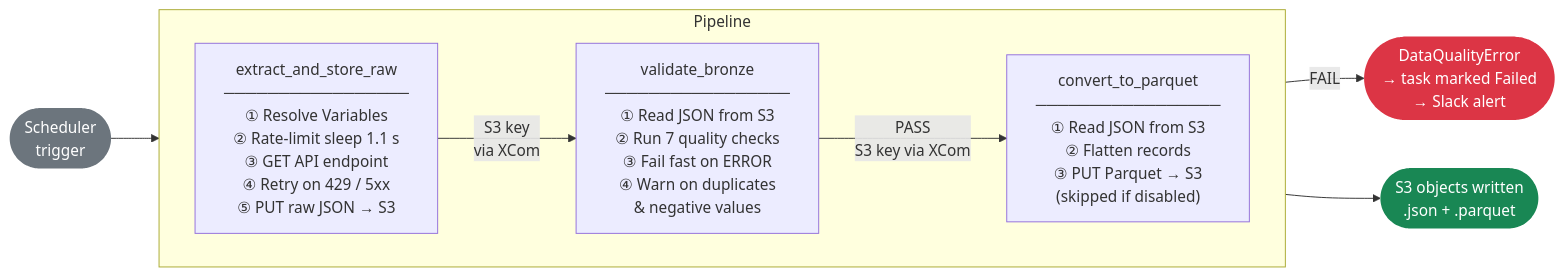
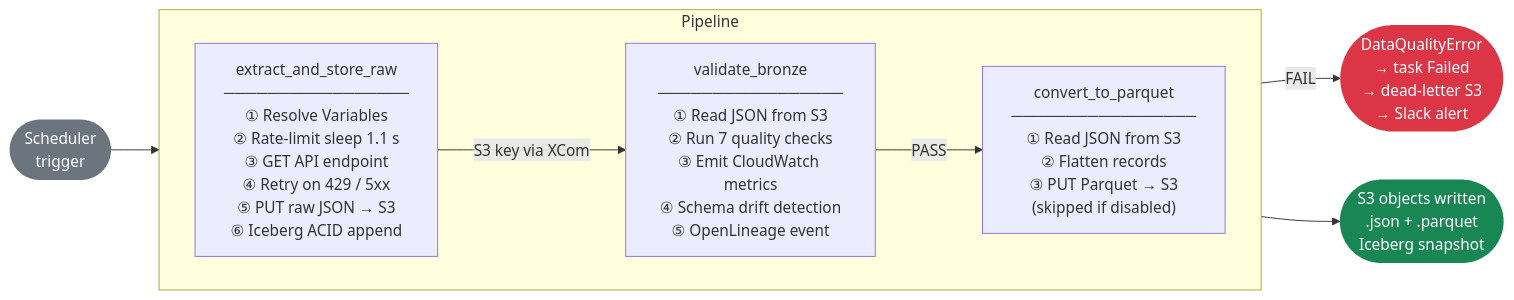
Before and after one commit to lehcimhdz/global-trade-aws: the second of 3 diagrams in README.md, drawn with Mermaid. The commit also changed other lines of this file and 4 other files, not shown here.

````diff
--- a/README.md
+++ b/README.md
@@ -95,24 +122,24 @@
 ```mermaid
 flowchart LR
     T([Scheduler\ntrigger]):::trigger
 
     subgraph Pipeline
         direction LR
-        E["extract_and_store_raw\n─────────────────\n① Resolve Variables\n② Rate-limit sleep 1.1 s\n③ GET API endpoint\n④ Retry on 429 / 5xx\n⑤ PUT raw JSON → S3"]
-        V["validate_bronze\n─────────────────\n① Read JSON from S3\n② Run 7 quality checks\n③ Fail fast on ERROR\n④ Warn on duplicates\n   & negative values"]
+        E["extract_and_store_raw\n─────────────────\n① Resolve Variables\n② Rate-limit sleep 1.1 s\n③ GET API endpoint\n④ Retry on 429 / 5xx\n⑤ PUT raw JSON → S3\n⑥ Iceberg ACID append"]
+        V["validate_bronze\n─────────────────\n① Read JSON from S3\n② Run 7 quality checks\n③ Emit CloudWatch metrics\n④ Schema drift detection\n⑤ OpenLineage event"]
         P["convert_to_parquet\n─────────────────\n① Read JSON from S3\n② Flatten records\n③ PUT Parquet → S3\n   (skipped if disabled)"]
     end
 
-    FAIL(["DataQualityError\n→ task marked Failed\n→ Slack alert"]):::fail
-    OK(["S3 objects written\n.json + .parquet"]):::ok
+    FAIL(["DataQualityError\n→ task Failed\n→ dead-letter S3\n→ Slack alert"]):::fail
+    OK(["S3 objects written\n.json + .parquet\nIceberg snapshot"]):::ok
 
     T --> E
-    E -->|"S3 key\nvia XCom"| V
-    V -->|PASS\nS3 key via XCom| P
-    V -->|FAIL| FAIL
+    E -->|"S3 key via XCom"| V
+    V -->|"PASS"| P
+    V -->|"FAIL"| FAIL
     P --> OK
 
     classDef trigger fill:#6c757d,color:#fff,stroke:none
     classDef fail fill:#dc3545,color:#fff,stroke:none
     classDef ok fill:#198754,color:#fff,stroke:none
 ```
````
